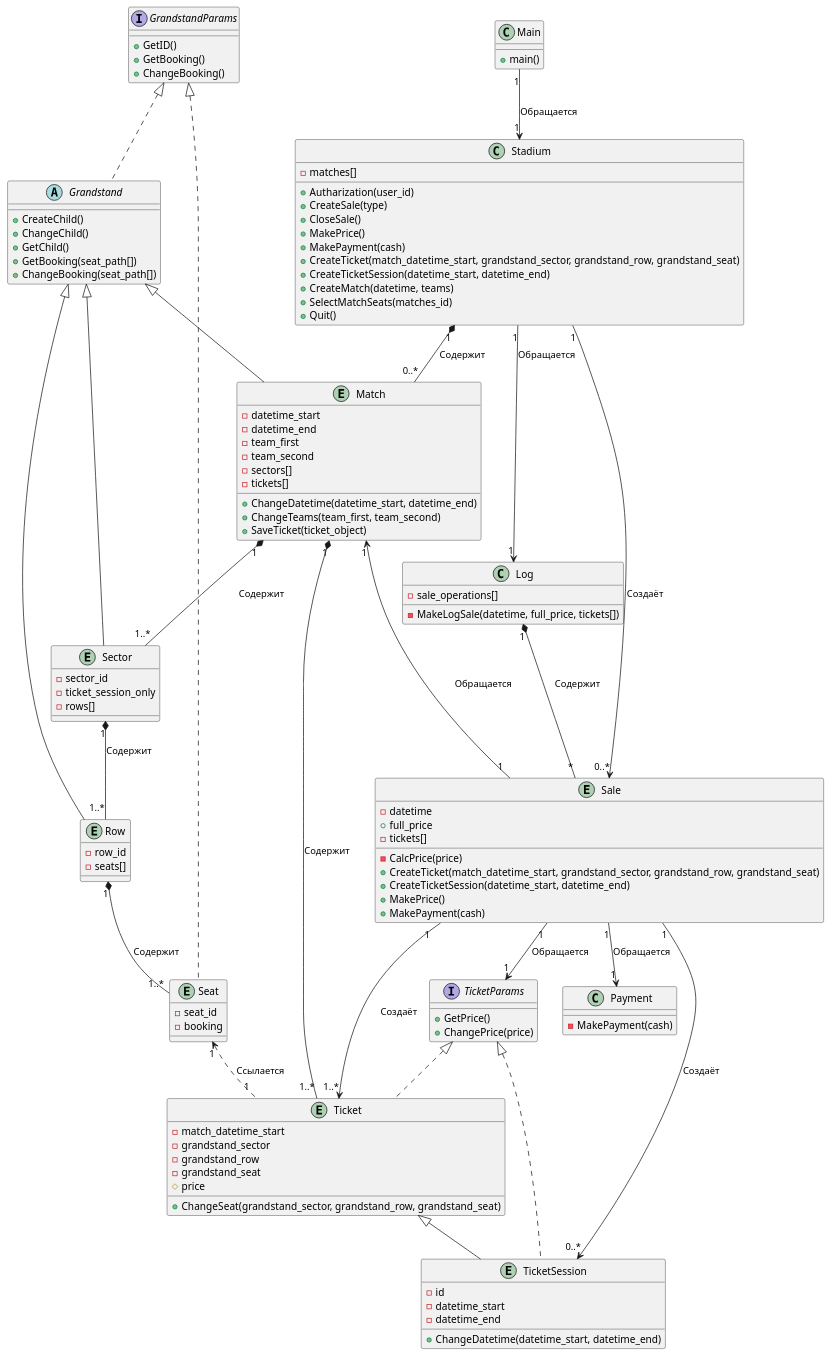
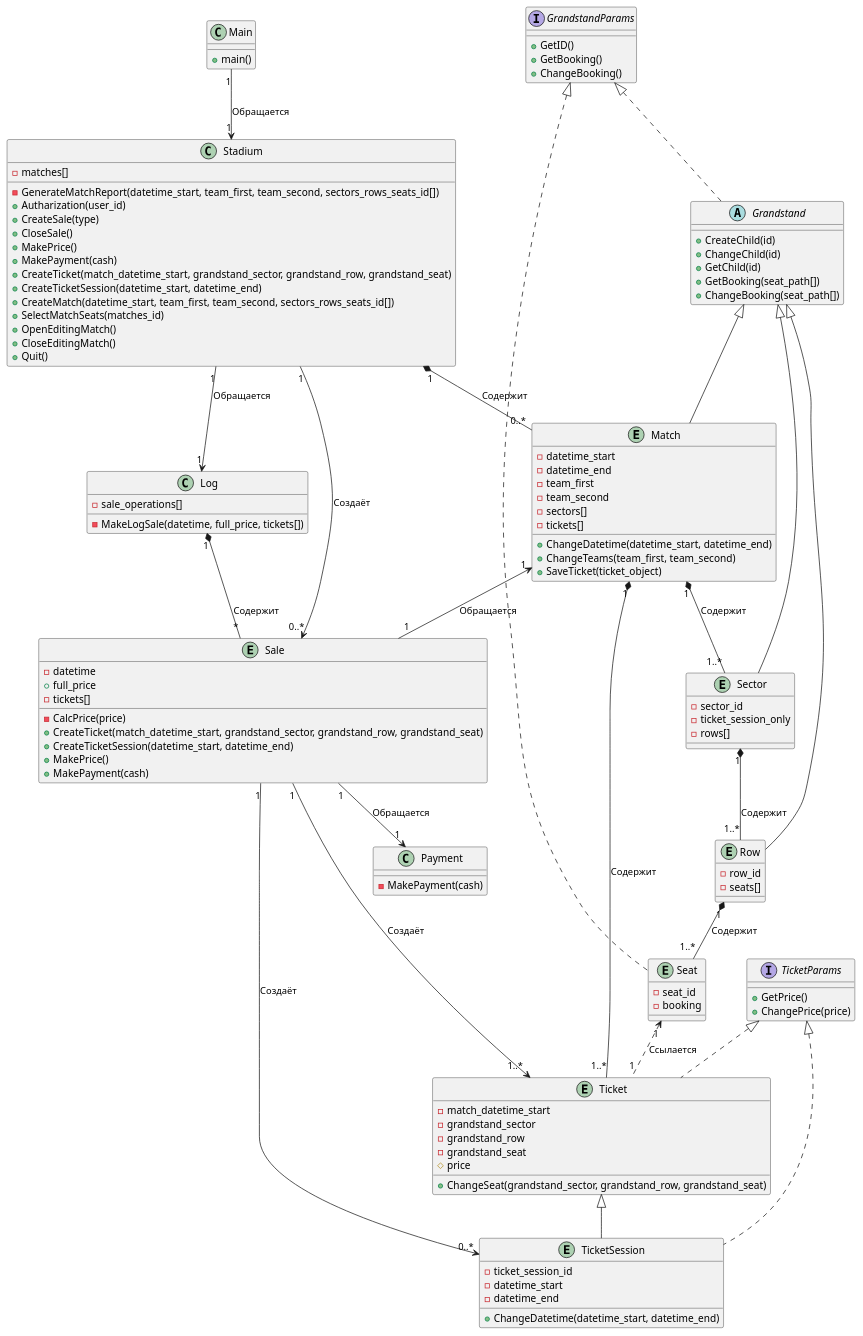
The diagram in Модель предметной области.md (penamarth/bsbo-03-23_team4_var10_football), drawn with PlantUML before and after one commit. The commit also changed 1 other file, not shown here.

Commit message:
Создание диаграммы создания матча + фикс модели предметной области

```diff
--- a/Модель предметной области.md
+++ b/Модель предметной области.md
@@ -7,6 +7,7 @@
 class Stadium
 {
     - matches[]
+    - GenerateMatchReport(datetime_start, team_first, team_second, sectors_rows_seats_id[])
     + Autharization(user_id)
     + CreateSale(type)
     + CloseSale()
@@ -14,17 +15,19 @@
     + MakePayment(cash)
     + CreateTicket(match_datetime_start, grandstand_sector, grandstand_row, grandstand_seat)
     + CreateTicketSession(datetime_start, datetime_end)
-    + CreateMatch(datetime, teams)
+    + CreateMatch(datetime_start, team_first, team_second, sectors_rows_seats_id[])
     + SelectMatchSeats(matches_id)
+    + OpenEditingMatch()
+    + CloseEditingMatch()
     + Quit()
 }
 
 
 abstract class Grandstand implements GrandstandParams
 {
-    + CreateChild()
-    + ChangeChild()
-    + GetChild()
+    + CreateChild(id)
+    + ChangeChild(id)
+    + GetChild(id)
     + GetBooking(seat_path[])
     + ChangeBooking(seat_path[])
 }
@@ -73,7 +76,7 @@
 
 entity TicketSession extends Ticket implements TicketParams
 {
-    - id
+    - ticket_session_id
     - datetime_start
     - datetime_end
     + ChangeDatetime(datetime_start, datetime_end)
@@ -130,7 +133,6 @@
 Sale "1" --> "1" Payment : Обращается
 Sale "1" --> "1..*" Ticket : Создаёт
 Sale "1" --> "0..*" TicketSession : Создаёт
-Sale "1" --> "1" TicketParams : Обращается
 Match "1" <-- "1" Sale : Обращается
 
 Log "1" *-- "*" Sale : Содержит
```
